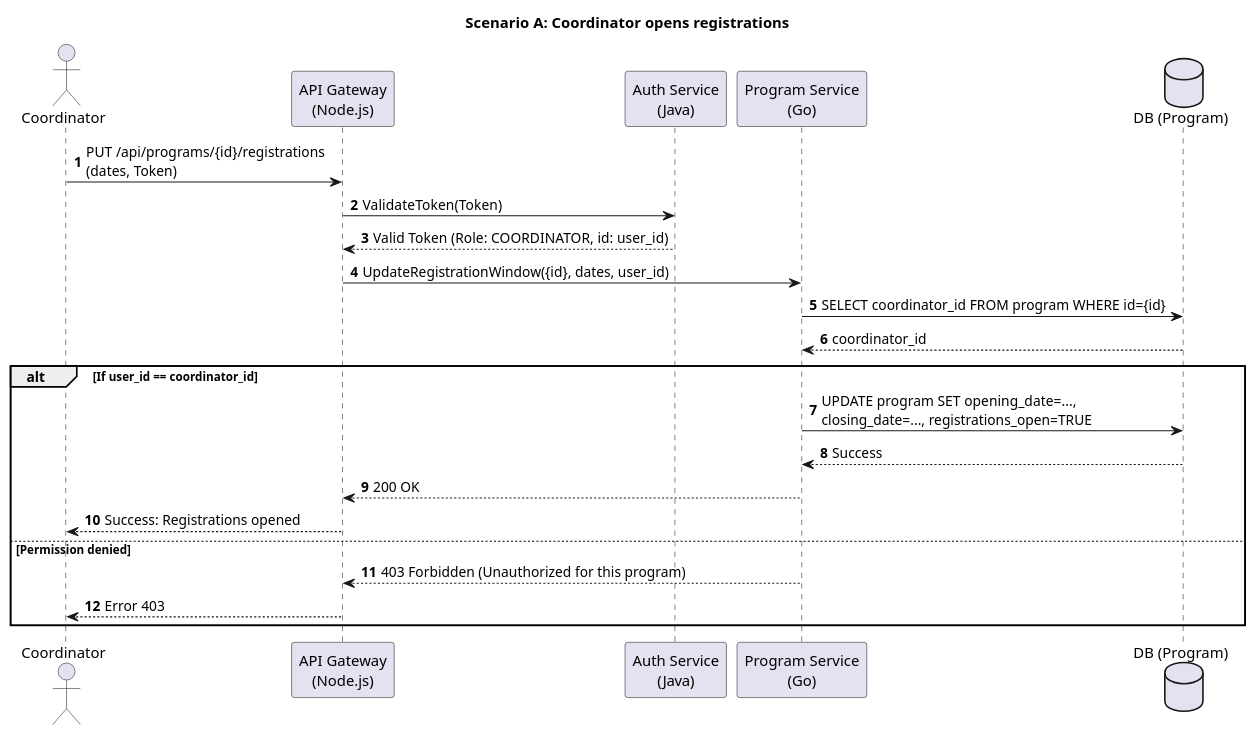
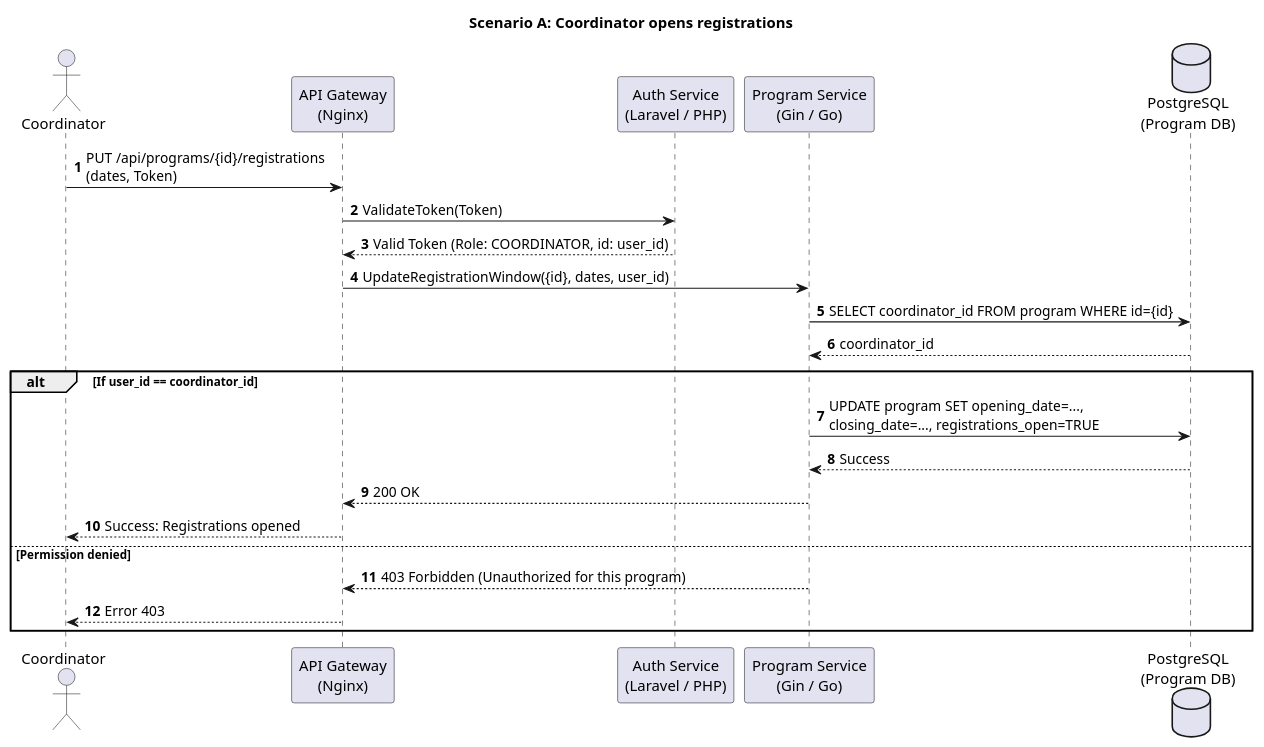
The first of 4 diagrams in docs/3_sequence_diagrams.puml (aminemanssouri/FST-CFC), drawn with PlantUML before and after one commit. The commit also changed other lines of this file and 8 other files, not shown here.

Commit message:
docs: Add system diagrams including sequence, state, activity, class, and use cases.

```diff
--- a/docs/3_sequence_diagrams.puml
+++ b/docs/3_sequence_diagrams.puml
@@ -1,28 +1,28 @@
 @startuml
 title Scenario A: Coordinator opens registrations
 autonumber
 
 actor "Coordinator" as Coord
-participant "API Gateway\n(Node.js)" as API
-participant "Auth Service\n(Java)" as Auth
-participant "Program Service\n(Go)" as Prog
-database "DB (Program)" as DB
+participant "API Gateway\n(Nginx)" as API
+participant "Auth Service\n(Laravel / PHP)" as Auth
+participant "Program Service\n(Gin / Go)" as Prog
+database "PostgreSQL\n(Program DB)" as DB
 
 Coord -> API : PUT /api/programs/{id}/registrations\n(dates, Token)
 API -> Auth : ValidateToken(Token)
 Auth --> API : Valid Token (Role: COORDINATOR, id: user_id)
 
 API -> Prog : UpdateRegistrationWindow({id}, dates, user_id)
 Prog -> DB : SELECT coordinator_id FROM program WHERE id={id}
 DB --> Prog : coordinator_id
 
 alt If user_id == coordinator_id
     Prog -> DB : UPDATE program SET opening_date=...,\nclosing_date=..., registrations_open=TRUE
     DB --> Prog : Success
     Prog --> API : 200 OK
     API --> Coord : Success: Registrations opened
 else Permission denied
     Prog --> API : 403 Forbidden (Unauthorized for this program)
     API --> Coord : Error 403
 end
 @enduml
```
